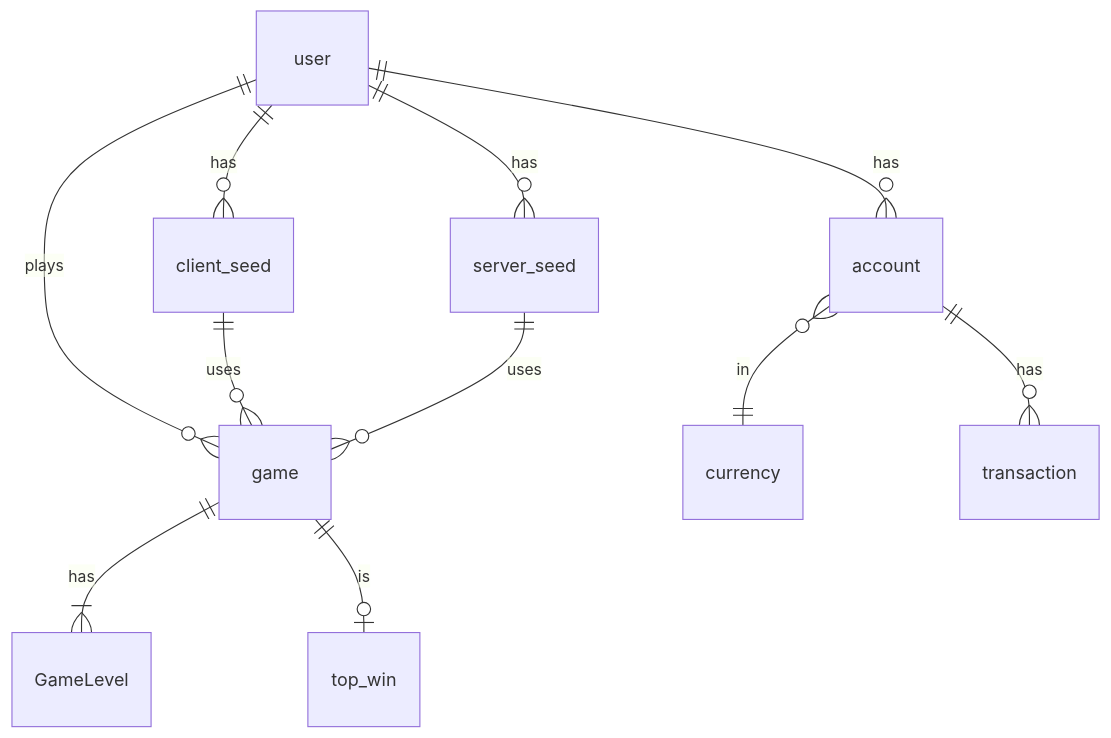
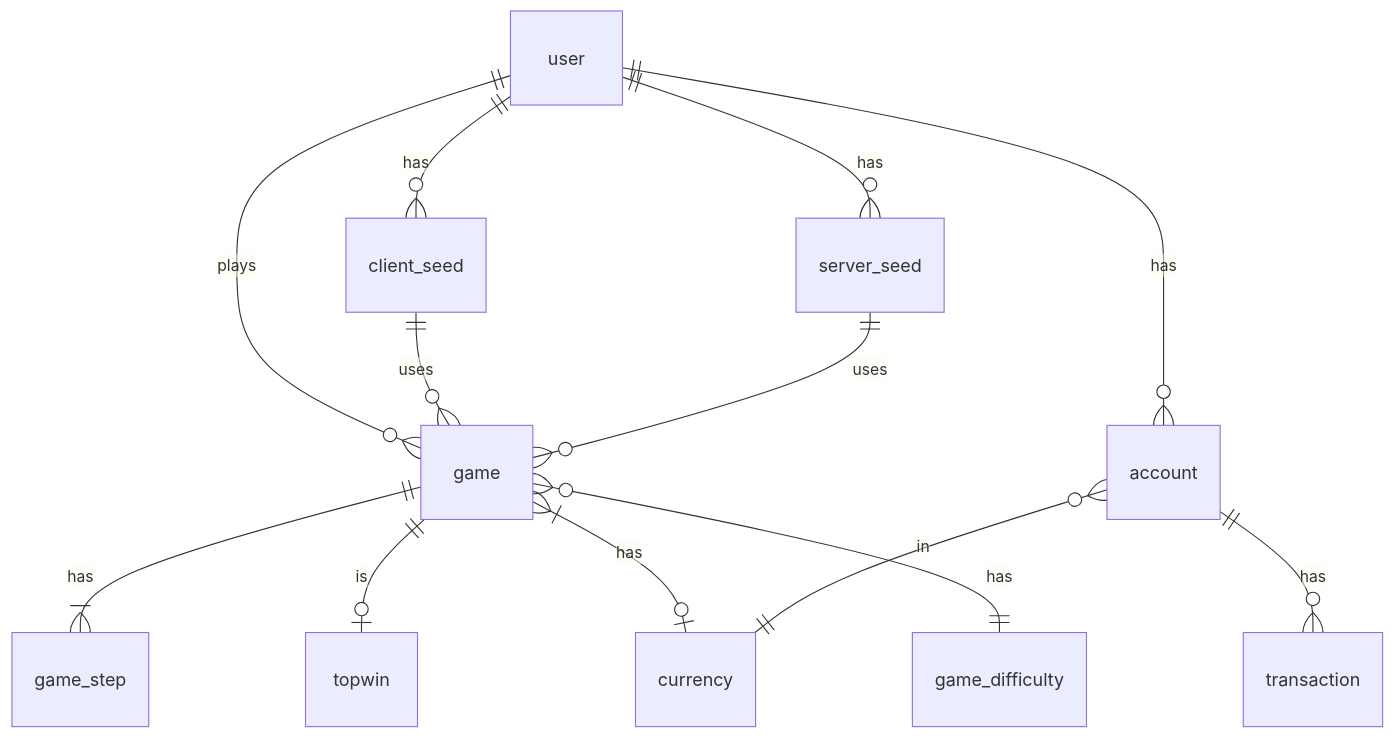
Before and after one commit to SultanovAziz/project-clone-of-BitKong: the first of 2 diagrams in README.md, drawn with Mermaid.

Commit message:
update conceptual diagram

````diff
--- a/README.md
+++ b/README.md
@@ -17,13 +17,15 @@
 ```mermaid
 erDiagram   
     user ||--o{ game : plays
-    game ||--|{ GameLevel : has
+    game ||--|{ game_step : has
     user ||--o{ client_seed : has
     user ||--o{ server_seed : has
     client_seed ||--o{ game : uses
     server_seed ||--o{ game : uses
-    game ||--o| top_win : is
+    game ||--o| topwin : is
+    game }|--o| currency : has
+    game }o--|| game_difficulty : has
     user ||--o{ account : has
     account }o--|| currency : in
     account ||--o{ transaction : has 
 ```
````
